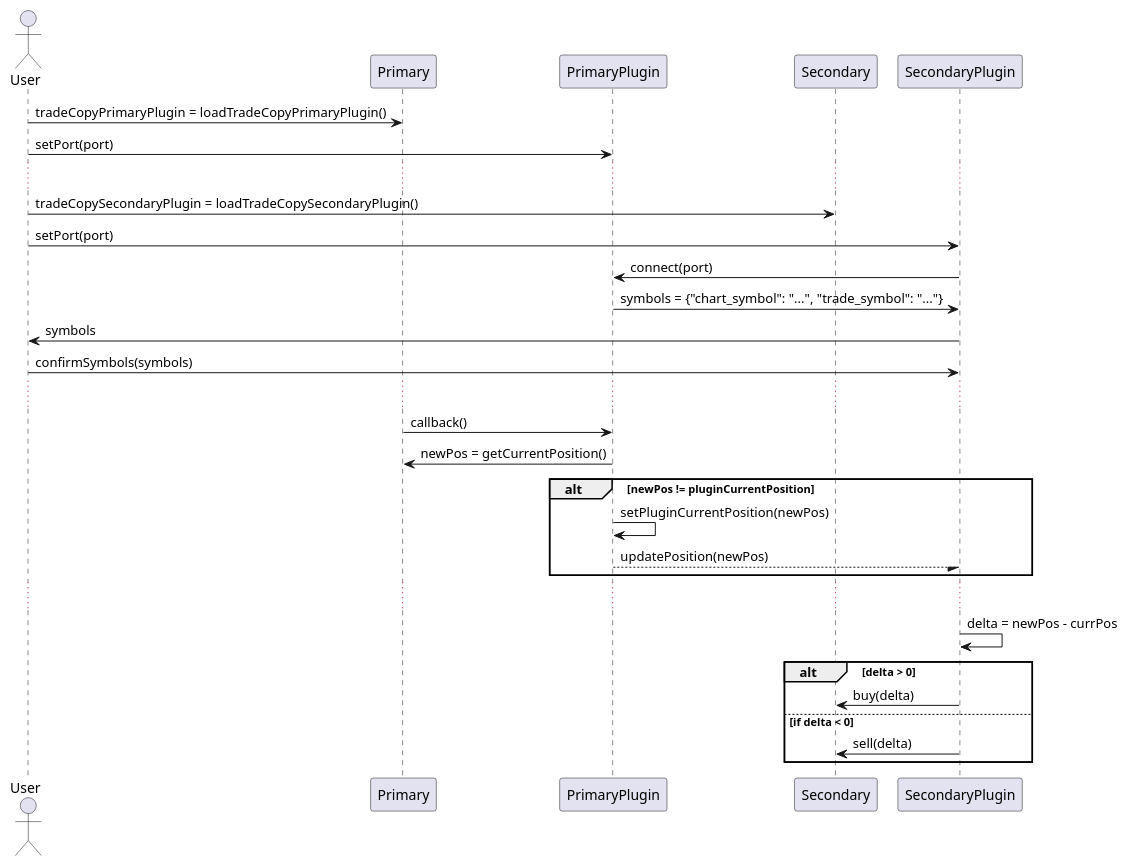
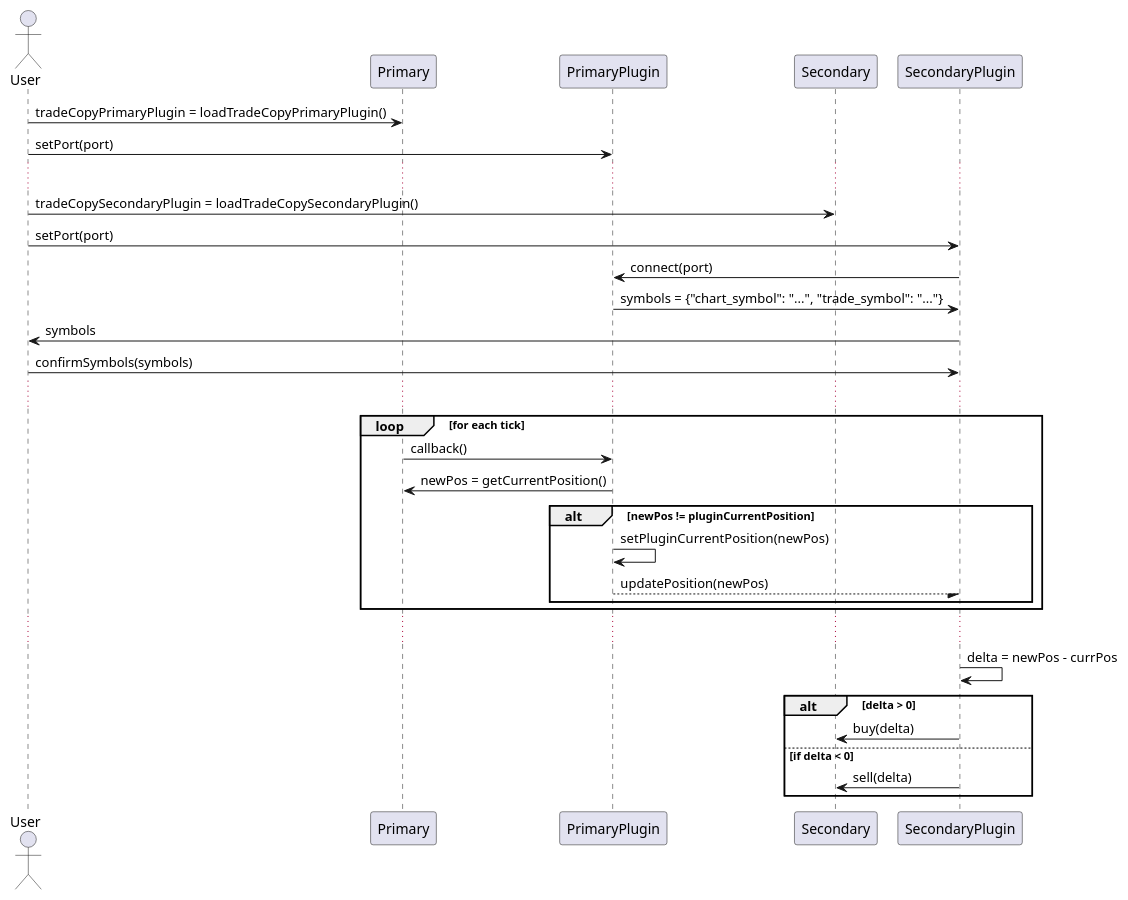
One commit to sohailsomani/sc_position_copy changed the diagram in dev/design.org. Above: the diagram before and after it, drawn with PlantUML. The commit also changed 1 other file, not shown here.

Commit message:
Add market data loop

```diff
--- a/dev/design.org
+++ b/dev/design.org
@@ -1,34 +1,36 @@
 #+begin_src plantuml :file design.png
   @startuml
 
   actor User
   participant Primary
   participant PrimaryPlugin
   participant Secondary
   participant SecondaryPlugin
 
   User -> Primary: tradeCopyPrimaryPlugin = loadTradeCopyPrimaryPlugin()
   User -> PrimaryPlugin: setPort(port)
   ...
   User -> Secondary: tradeCopySecondaryPlugin = loadTradeCopySecondaryPlugin()
   User -> SecondaryPlugin: setPort(port)
   SecondaryPlugin -> PrimaryPlugin: connect(port)
   PrimaryPlugin -> SecondaryPlugin: symbols = {"chart_symbol": "...", "trade_symbol": "..."}
   SecondaryPlugin -> User: symbols
   User -> SecondaryPlugin: confirmSymbols(symbols)
   ...
+  loop for each tick
   Primary -> PrimaryPlugin: callback()
   PrimaryPlugin -> Primary: newPos = getCurrentPosition()
   alt newPos != pluginCurrentPosition
     PrimaryPlugin -> PrimaryPlugin: setPluginCurrentPosition(newPos)
     PrimaryPlugin --/ SecondaryPlugin: updatePosition(newPos)
+  end
   end
   ...
   SecondaryPlugin -> SecondaryPlugin: delta = newPos - currPos
   alt delta > 0
     SecondaryPlugin -> Secondary: buy(delta)
   else if delta < 0
     SecondaryPlugin -> Secondary: sell(delta)
   end
   @enduml
 #+end_src
```
